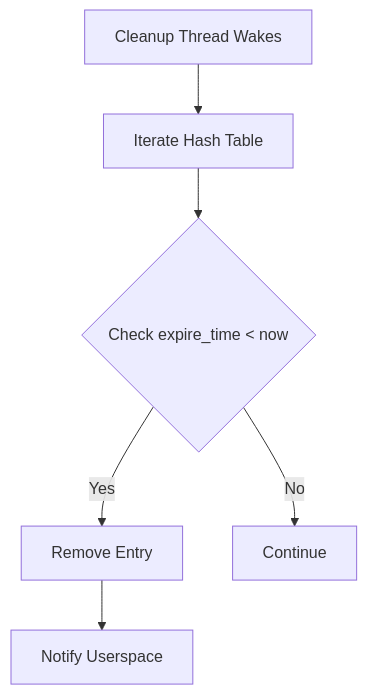
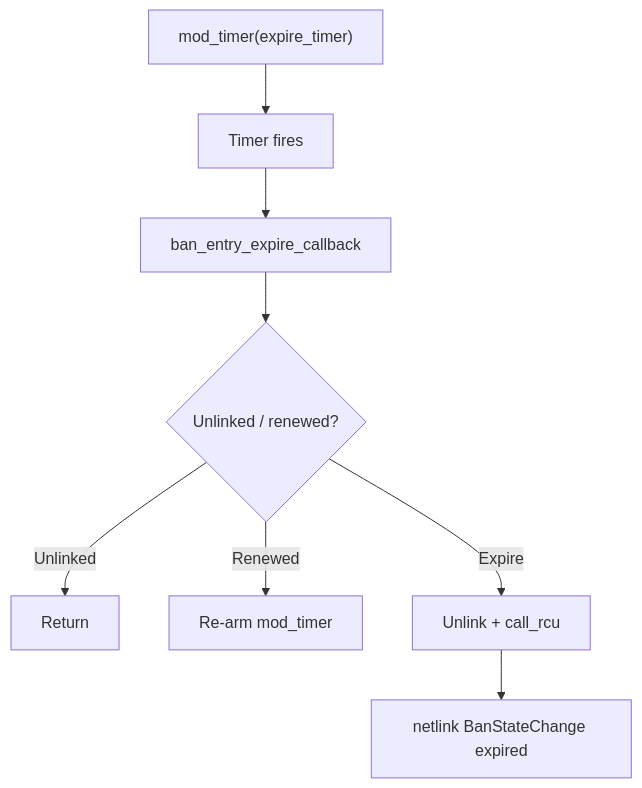
Before and after one commit to SnowCore8/linux-firewall-kmod: the second of 4 diagrams in docs/en/architecture/kernel-module.md, drawn with Mermaid. The commit also changed other lines of this file and 9 other files, not shown here.

First line of the commit message:
docs: 过期策略改为 per-entry expire_timer，去掉全局清理线程描述

````diff
--- a/docs/en/architecture/kernel-module.md
+++ b/docs/en/architecture/kernel-module.md
@@ -195,8 +209,10 @@
 ```mermaid
 graph TB
-    A[Cleanup Thread Wakes] --> B[Iterate Hash Table]
-    B --> C{Check expire_time < now}
-    C -->|Yes| D[Remove Entry]
-    D --> E[Notify Userspace]
-    C -->|No| F[Continue]
+    A["mod_timer(expire_timer)"] --> B["Timer fires"]
+    B --> C["ban_entry_expire_callback"]
+    C --> D{"Unlinked / renewed?"}
+    D -->|Unlinked| E["Return"]
+    D -->|Renewed| F["Re-arm mod_timer"]
+    D -->|Expire| G["Unlink + call_rcu"]
+    G --> H["netlink BanStateChange expired"]
 ```
````
